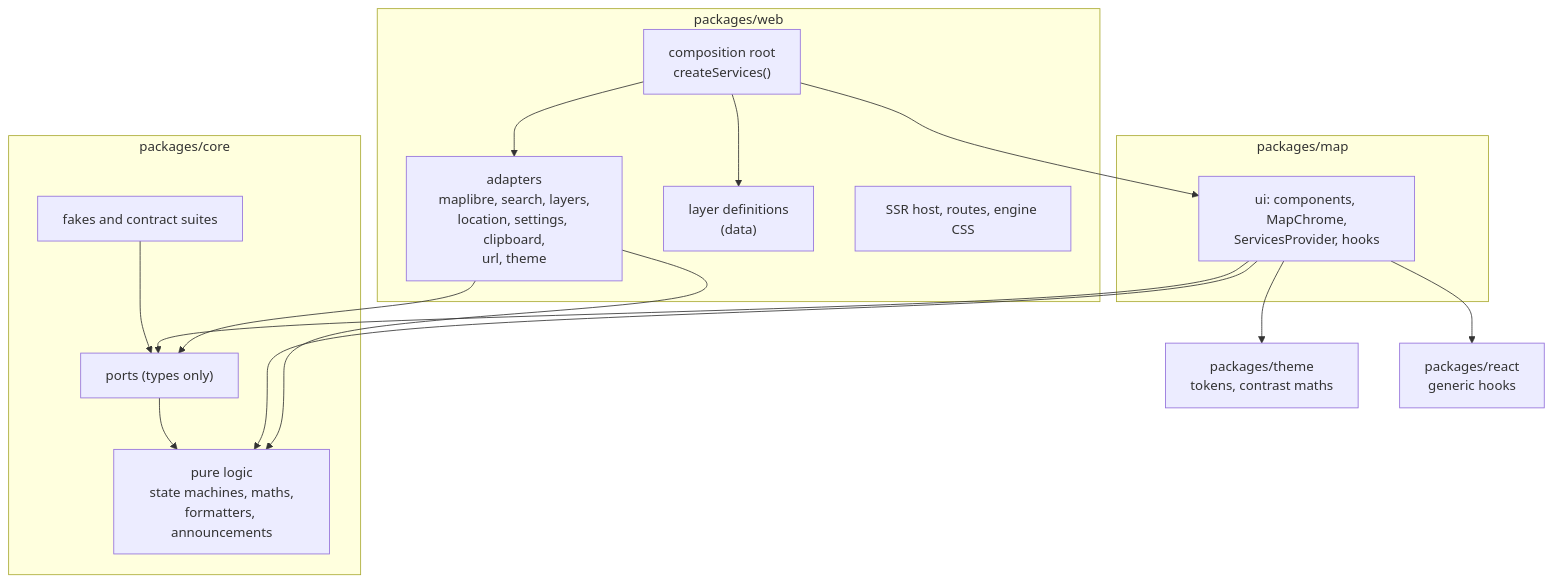
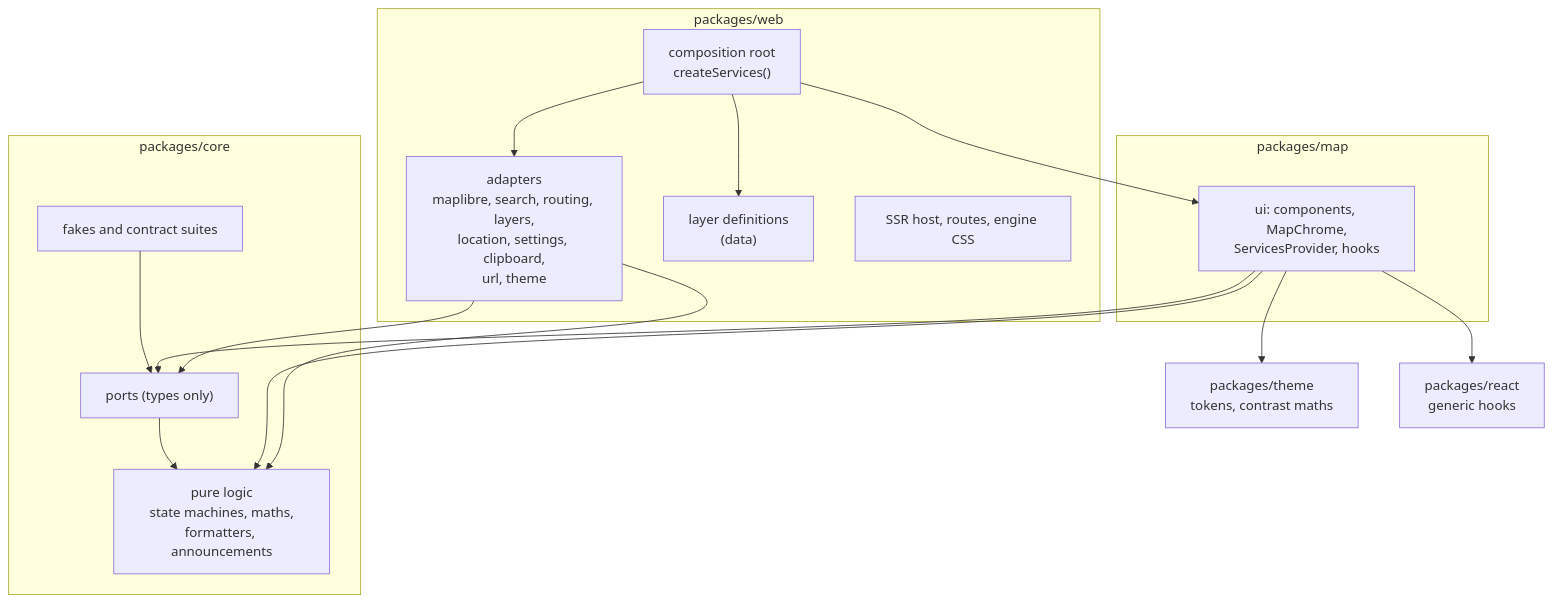
Before and after one commit to MapCairn/mapcairn: the diagram in ARCHITECTURE.md, drawn with Mermaid. The commit also changed other lines of this file and 3 other files, not shown here.

````diff
--- a/ARCHITECTURE.md
+++ b/ARCHITECTURE.md
@@ -5,30 +5,30 @@
 ```mermaid
 flowchart TD
   subgraph web["packages/web"]
     root["composition root<br/>createServices()"]
-    adapters["adapters<br/>maplibre, search, layers,<br/>location, settings, clipboard,<br/>url, theme"]
+    adapters["adapters<br/>maplibre, search, routing, layers,<br/>location, settings, clipboard,<br/>url, theme"]
     definitions["layer definitions<br/>(data)"]
     host["SSR host, routes, engine CSS"]
   end
   subgraph map["packages/map"]
     ui["ui: components, MapChrome,<br/>ServicesProvider, hooks"]
   end
   subgraph core["packages/core"]
     ports["ports (types only)"]
     logic["pure logic<br/>state machines, maths,<br/>formatters, announcements"]
     fakes["fakes and contract suites"]
   end
   theme["packages/theme<br/>tokens, contrast maths"]
   react["packages/react<br/>generic hooks"]
   root --> adapters
   root --> definitions
   root --> ui
   adapters --> ports
   adapters --> logic
   ui --> ports
   ui --> logic
   ui --> theme
   ui --> react
   ports --> logic
   fakes --> ports
 ```
````
